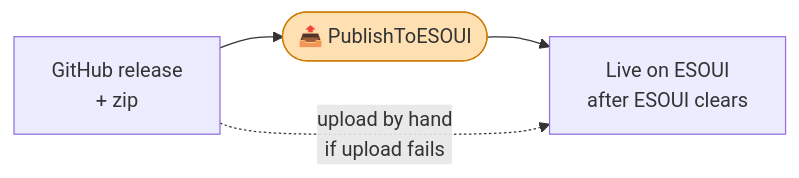
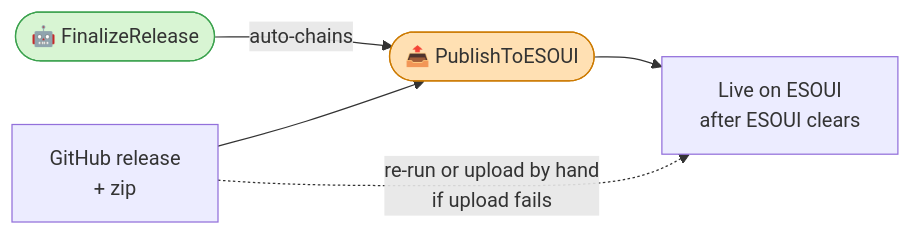
The fourth of 6 diagrams in docs/CONTRIBUTING.md (manavortex/FurnitureCatalogue), drawn with Mermaid before and after one commit. The commit also changed other lines of this file and 3 other files, not shown here.

````diff
--- a/docs/CONTRIBUTING.md
+++ b/docs/CONTRIBUTING.md
@@ -169,8 +170,10 @@
 ```mermaid
 flowchart LR
-    E[GitHub release<br/>+ zip] --> F(["📤 PublishToESOUI"])
+    D(["🤖 FinalizeRelease"]) -- auto-chains --> F(["📤 PublishToESOUI"])
+    E[GitHub release<br/>+ zip] --> F
     F --> G[Live on ESOUI<br/>after ESOUI clears]
-    E -. upload by hand<br/>if upload fails .-> G
+    E -. re-run or upload by hand<br/>if upload fails .-> G
 
+    style D fill:#d8f5d3,stroke:#3aa14d
     style F fill:#ffe0b3,stroke:#cc7a00
 ```
````
